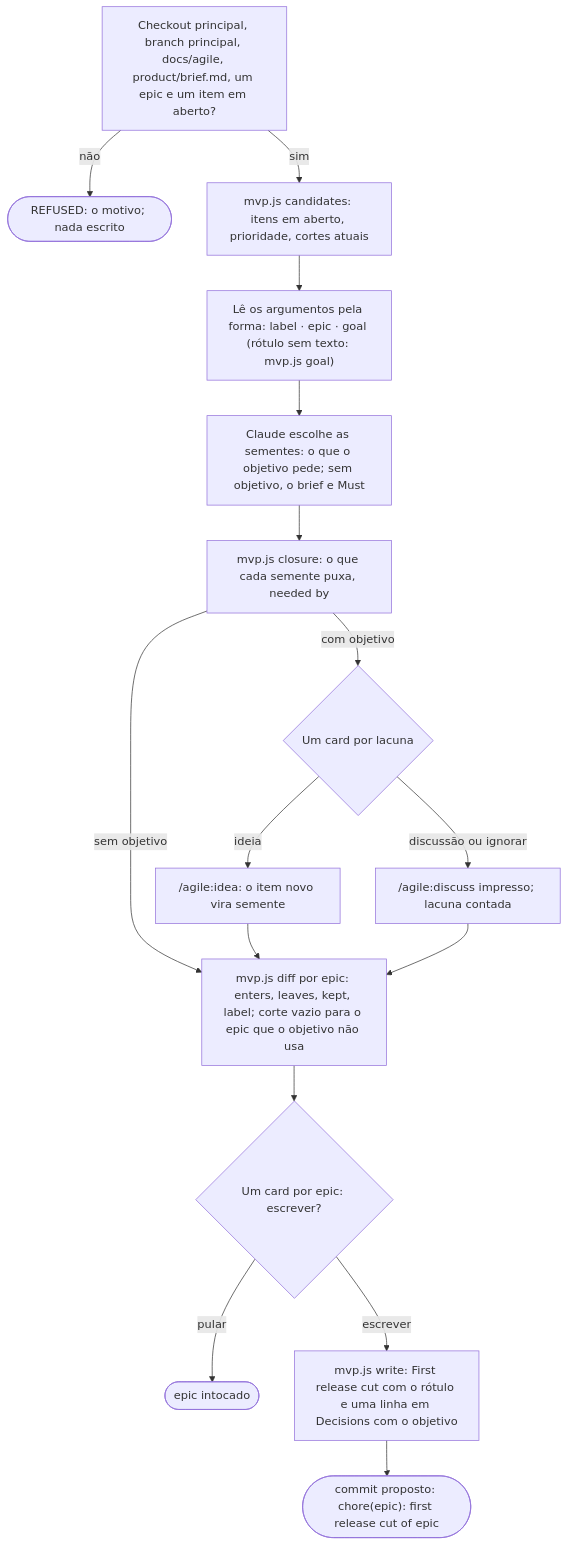
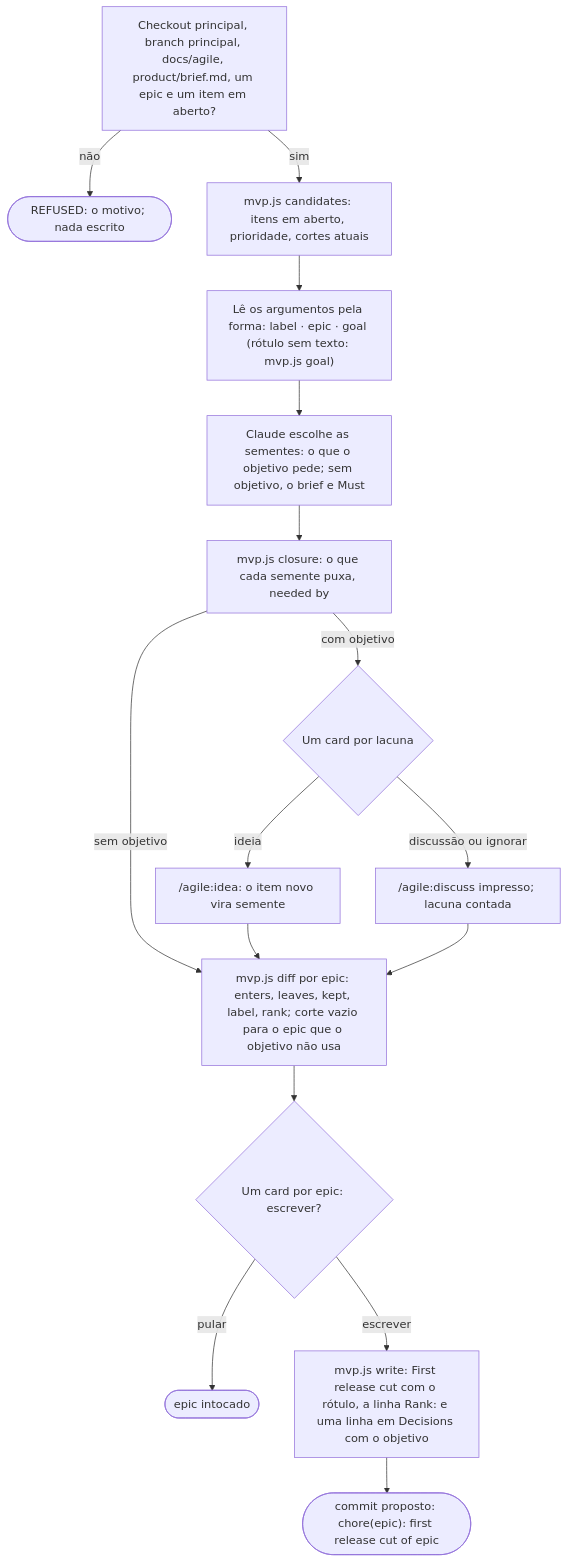
One commit to alexcanario/simulab changed diagram 20 of 24 in docs/agile/workflow.pt-BR.md. Above: the diagram before and after it, drawn with Mermaid. The commit also changed other lines of this file and 5 other files, not shown here.

````diff
--- a/docs/agile/workflow.pt-BR.md
+++ b/docs/agile/workflow.pt-BR.md
@@ -1272,18 +1272,18 @@
 ```mermaid
 flowchart TD
     A["Checkout principal, branch principal, docs/agile, product/brief.md, um epic e um item em aberto?"] -->|não| A1(["REFUSED: o motivo; nada escrito"])
     A -->|sim| B["mvp.js candidates: itens em aberto, prioridade, cortes atuais"]
     B --> B1["Lê os argumentos pela forma: label · epic · goal (rótulo sem texto: mvp.js goal)"]
     B1 --> C["Claude escolhe as sementes: o que o objetivo pede; sem objetivo, o brief e Must"]
     C --> D["mvp.js closure: o que cada semente puxa, needed by"]
     D -->|com objetivo| D1{"Um card por lacuna"}
     D -->|sem objetivo| E
     D1 -->|ideia| D2["/agile:idea: o item novo vira semente"]
     D1 -->|discussão ou ignorar| D3["/agile:discuss impresso; lacuna contada"]
     D2 --> E
-    D3 --> E["mvp.js diff por epic: enters, leaves, kept, label; corte vazio para o epic que o objetivo não usa"]
+    D3 --> E["mvp.js diff por epic: enters, leaves, kept, label, rank; corte vazio para o epic que o objetivo não usa"]
     E --> F{"Um card por epic: escrever?"}
     F -->|pular| F1(["epic intocado"])
-    F -->|escrever| G["mvp.js write: First release cut com o rótulo e uma linha em Decisions com o objetivo"]
+    F -->|escrever| G["mvp.js write: First release cut com o rótulo, a linha Rank: e uma linha em Decisions com o objetivo"]
     G --> H(["commit proposto: chore(epic): first release cut of epic"])
 ```
````
